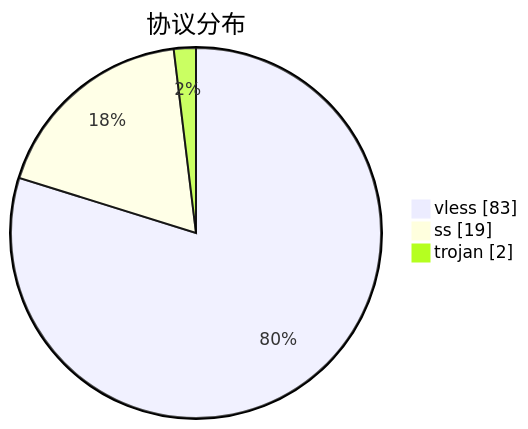
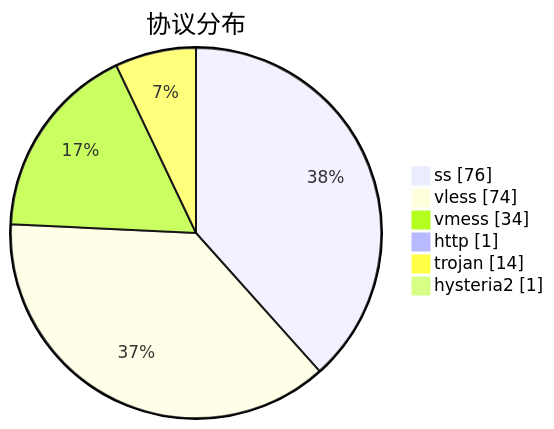
Before and after one commit to qjlxg/airport: the third of 3 diagrams in subs/statistics/tested_within.md, drawn with Mermaid. The commit also changed other lines of this file and 2 other files, not shown here.

````diff
--- a/subs/statistics/tested_within.md
+++ b/subs/statistics/tested_within.md
@@ -22,7 +28,10 @@
 ```mermaid
 pie showData
 title 协议分布
-"vless" : 83
-"ss" : 19
-"trojan" : 2
+"ss" : 76
+"vless" : 74
+"vmess" : 34
+"http" : 1
+"trojan" : 14
+"hysteria2" : 1
 ```
````
